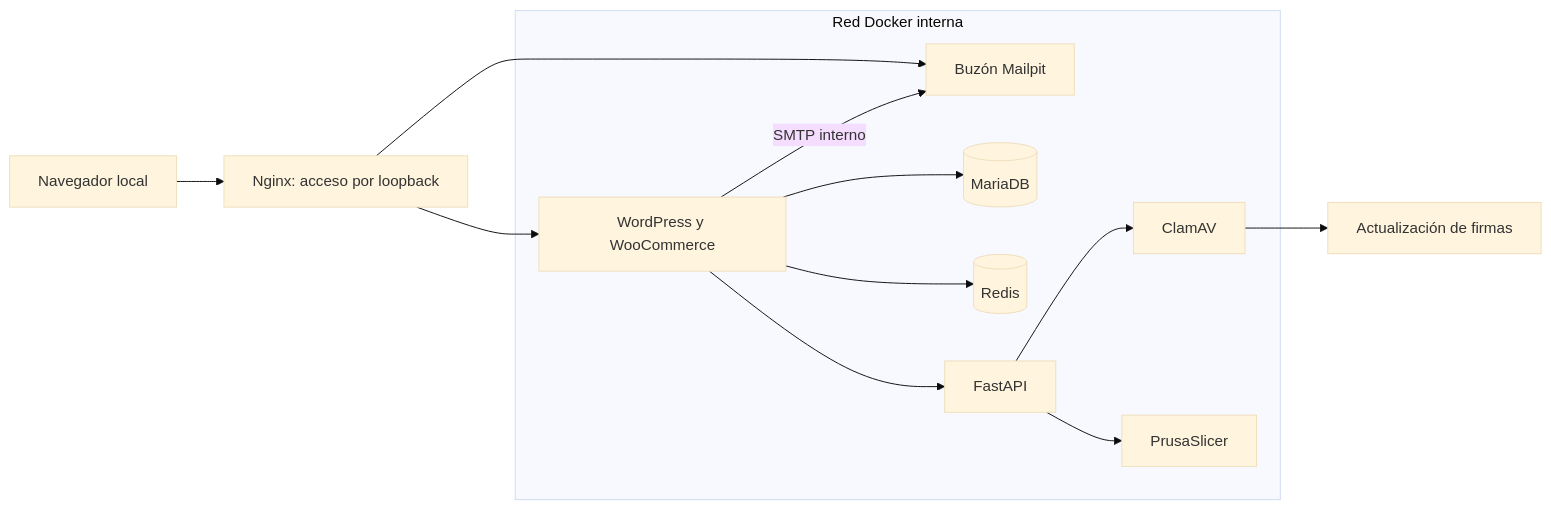
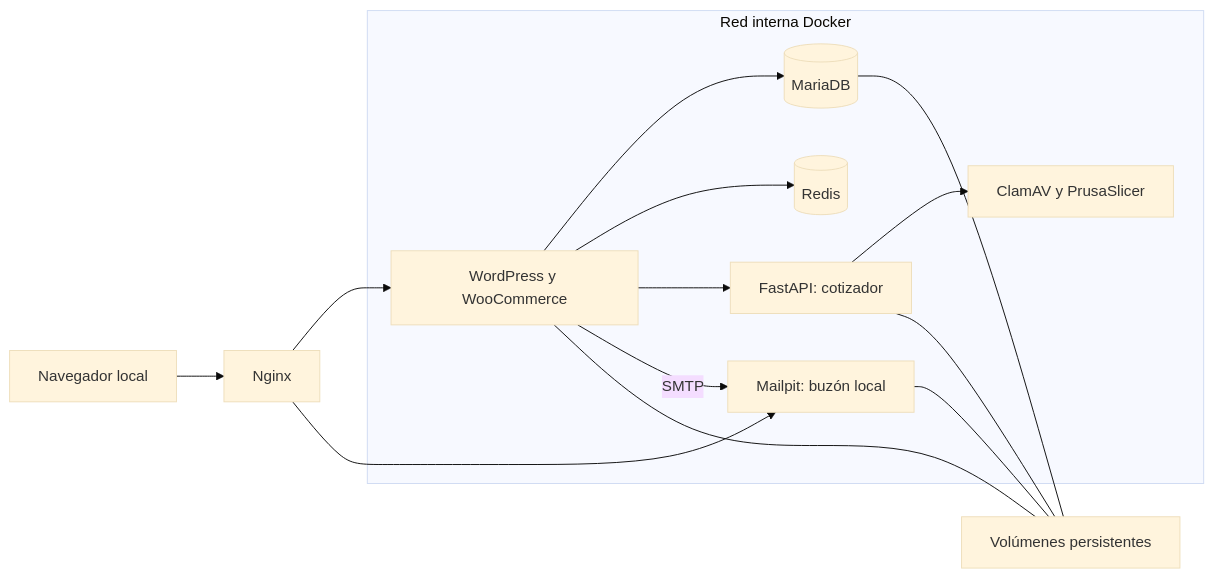
One commit to Eliasxgg/caso-ecommerce-3d changed the second of 2 diagrams in docs/ARQUITECTURA.md. Above: the diagram before and after it, drawn with Mermaid (base theme). The commit also changed other lines of this file and 4 other files, not shown here.

````diff
--- a/docs/ARQUITECTURA.md
+++ b/docs/ARQUITECTURA.md
@@ -26,15 +52,17 @@
 ```mermaid
 flowchart LR
-    Browser[Navegador local] --> Proxy[Nginx: acceso por loopback]
-    Proxy --> WP[WordPress y WooCommerce]
-    Proxy --> Inbox[Buzón Mailpit]
-    subgraph Internal[Red Docker interna]
-      WP --> DB[(MariaDB)]
-      WP --> Redis[(Redis)]
-      WP --> Quote[FastAPI]
-      Quote --> AV[ClamAV]
-      Quote --> Engine[PrusaSlicer]
-      WP -->|SMTP interno| Inbox
+    A[Navegador local] --> B[Nginx]
+    B --> C[WordPress y WooCommerce]
+    B --> H[Mailpit: buzón local]
+    subgraph Interna[Red interna Docker]
+      C --> D[(MariaDB)]
+      C --> E[(Redis)]
+      C --> F[FastAPI: cotizador]
+      F --> G[ClamAV y PrusaSlicer]
+      C -->|SMTP| H
     end
-    AV --> Signatures[Actualización de firmas]
+    D --- V[Volúmenes persistentes]
+    C --- V
+    F --- V
+    H --- V
 ```
````
